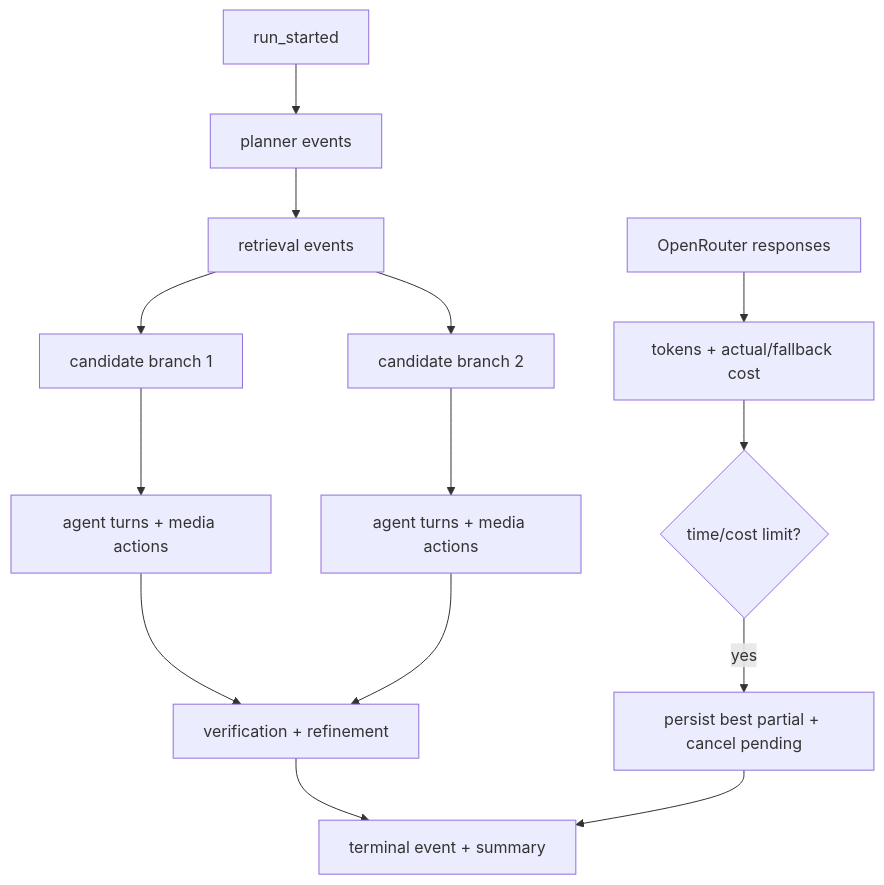
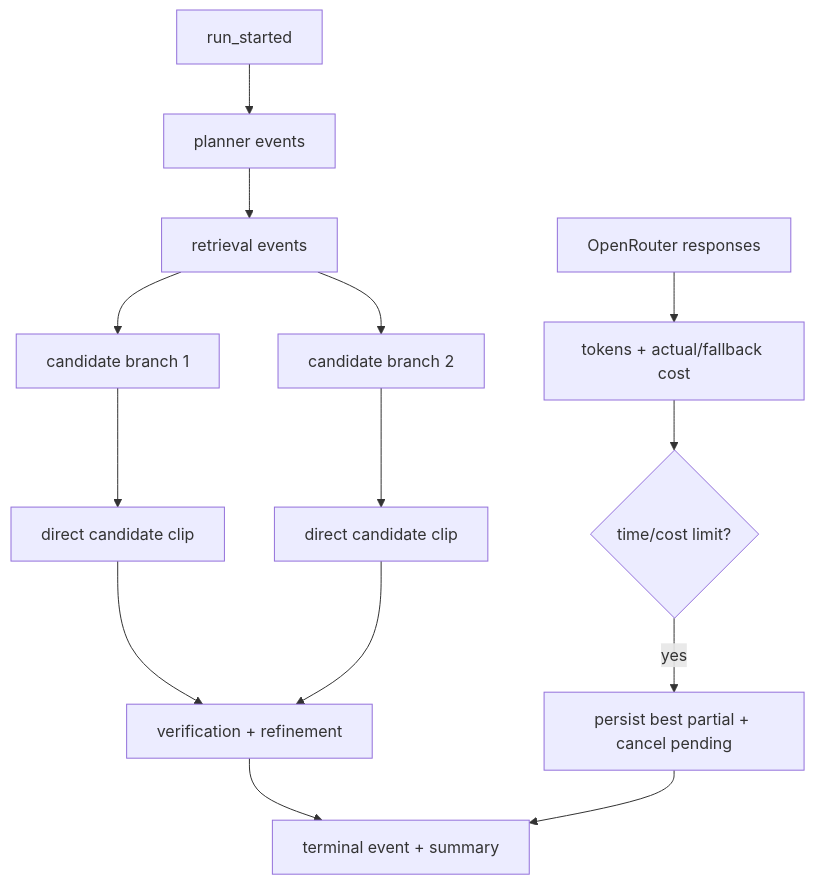
Before and after one commit to giaphoang/PatrolLens: the eighth of 12 diagrams in SYSTEM_DESIGN.md, drawn with Mermaid. The commit also changed other lines of this file and 23 other files, not shown here.

````diff
--- a/SYSTEM_DESIGN.md
+++ b/SYSTEM_DESIGN.md
@@ -292,16 +272,16 @@
 ```mermaid
 flowchart TD
     RUN["run_started"] --> PLAN["planner events"]
     PLAN --> RET["retrieval events"]
     RET --> C1["candidate branch 1"]
     RET --> C2["candidate branch 2"]
-    C1 --> TURN["agent turns + media actions"]
-    C2 --> TURN2["agent turns + media actions"]
-    TURN --> VERIFY["verification + refinement"]
-    TURN2 --> VERIFY
+    C1 --> MEDIA1["direct candidate clip"]
+    C2 --> MEDIA2["direct candidate clip"]
+    MEDIA1 --> VERIFY["verification + refinement"]
+    MEDIA2 --> VERIFY
     API["OpenRouter responses"] --> COST["tokens + actual/fallback cost"]
     COST --> STOP{"time/cost limit?"}
     STOP -->|yes| PARTIAL["persist best partial + cancel pending"]
     VERIFY --> FINAL["terminal event + summary"]
     PARTIAL --> FINAL
 ```
````
